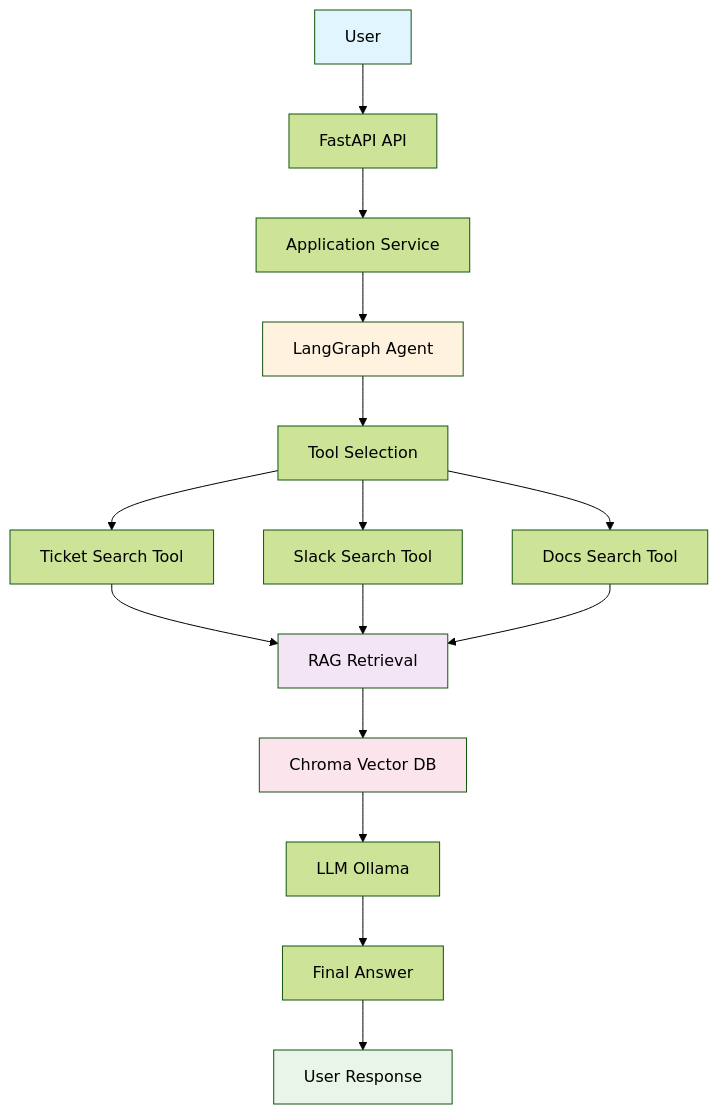
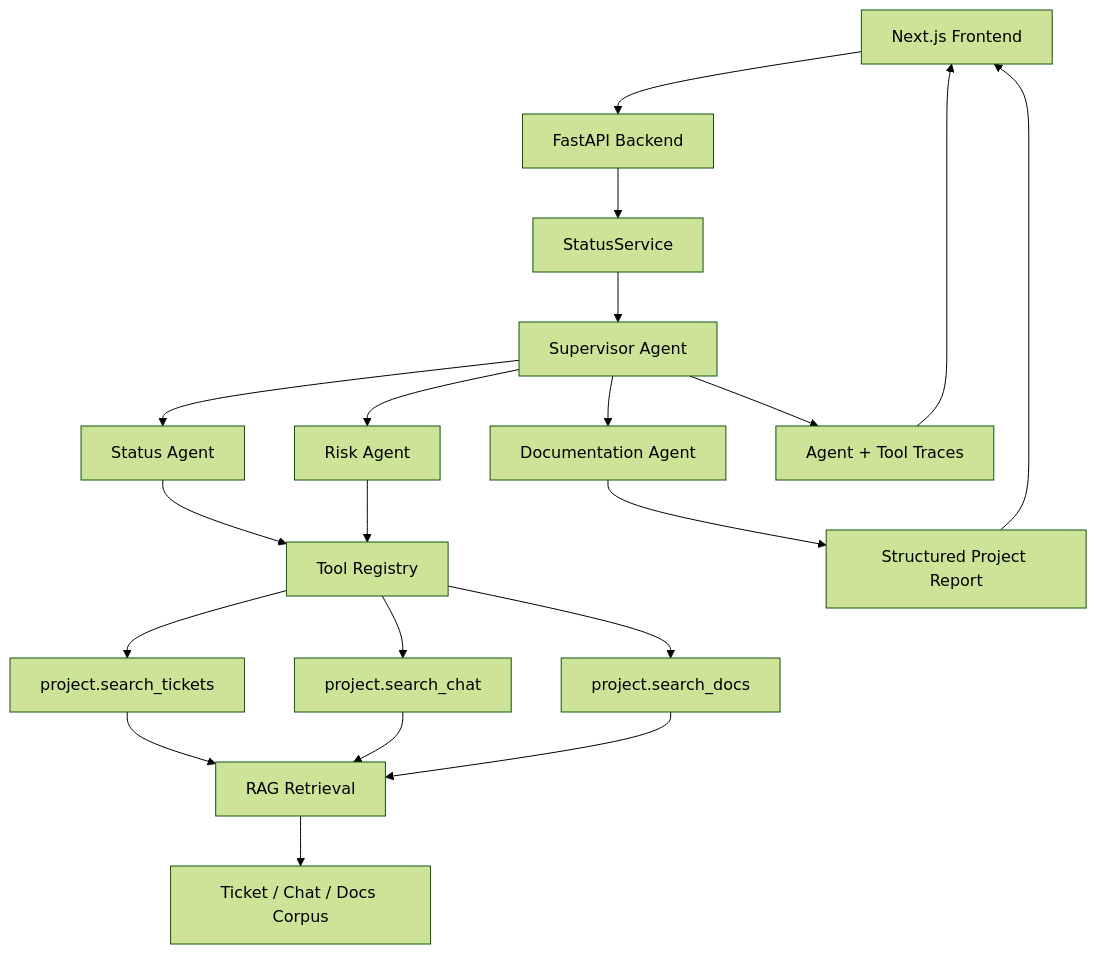
One commit to jonajoy142/ai-status-agent changed the diagram in README.md. Above: the diagram before and after it, drawn with Mermaid (forest theme). The commit also changed other lines of this file and 63 other files, not shown here.

Commit message:
revamped to status pilot, done FE, multi agent BE

````diff
--- a/README.md
+++ b/README.md
@@ -48,23 +21,26 @@
 ```mermaid
 flowchart TD
-    A[User] --> B[FastAPI API]
-    B --> C[Application Service]
-    C --> D[LangGraph Agent]
-    D --> E[Tool Selection]
-    E --> F[Ticket Search Tool]
-    E --> G[Slack Search Tool]
-    E --> H[Docs Search Tool]
-    F --> I[RAG Retrieval]
-    G --> I
-    H --> I
-    I --> J[Chroma Vector DB]
-    J --> K[LLM Ollama]
-    K --> L[Final Answer]
-    L --> M[User Response]
+    UI[Next.js Frontend] --> API[FastAPI Backend]
+    API --> Service[StatusService]
+    Service --> Supervisor[Supervisor Agent]
 
-    style A fill:#e1f5fe
-    style M fill:#e8f5e8
-    style D fill:#fff3e0
-    style I fill:#f3e5f5
-    style J fill:#fce4ec
+    Supervisor --> Status[Status Agent]
+    Supervisor --> Risk[Risk Agent]
+    Supervisor --> Docs[Documentation Agent]
+
+    Status --> Registry[Tool Registry]
+    Risk --> Registry
+    Registry --> Tickets[project.search_tickets]
+    Registry --> Chat[project.search_chat]
+    Registry --> ProjectDocs[project.search_docs]
+
+    Tickets --> Retrieval[RAG Retrieval]
+    Chat --> Retrieval
+    ProjectDocs --> Retrieval
+    Retrieval --> Corpus[Ticket / Chat / Docs Corpus]
+
+    Docs --> Report[Structured Project Report]
+    Supervisor --> Trace[Agent + Tool Traces]
+    Report --> UI
+    Trace --> UI
 ```
````
